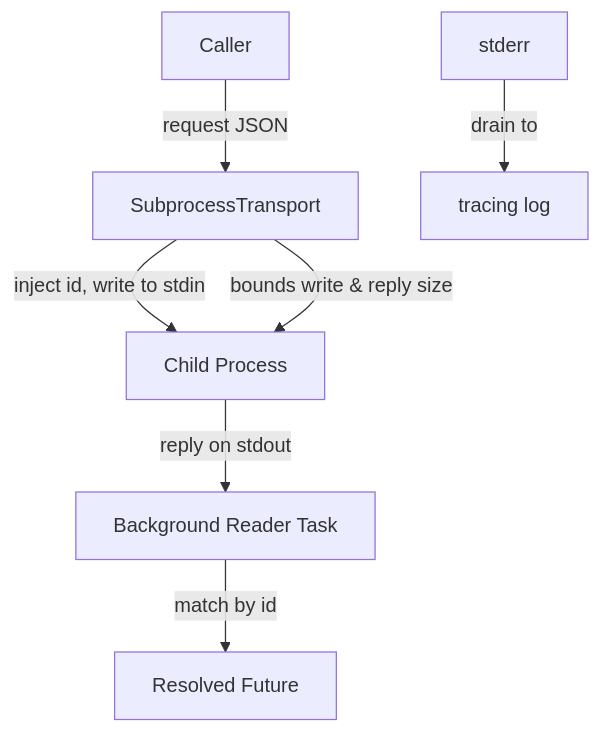
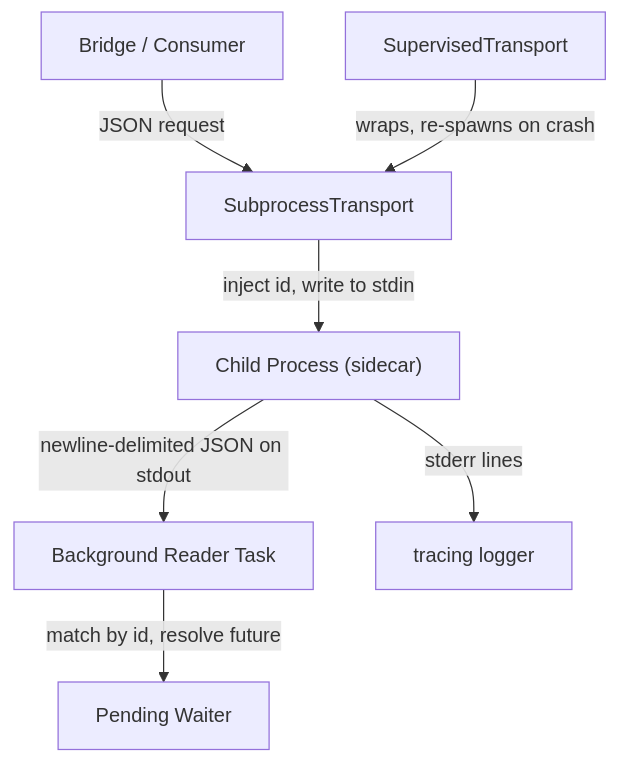
Before and after one commit to leszek3737/librefang-WIki: the diagram in other-librefang-subprocess.md, drawn with Mermaid. The commit also changed other lines of this file and 119 other files, not shown here.

````diff
--- a/other-librefang-subprocess.md
+++ b/other-librefang-subprocess.md
@@ -15,9 +24,9 @@
 ```mermaid
 graph TD
-    A[Caller] -->|request JSON| B[SubprocessTransport]
-    B -->|inject id, write to stdin| C[Child Process]
-    C -->|reply on stdout| D[Background Reader Task]
-    D -->|match by id| E[Resolved Future]
-    F[stderr] -->|drain to| G[tracing log]
-    B -->|bounds write & reply size| C
+    Caller["Bridge / Consumer"] -->|JSON request| ST["SubprocessTransport"]
+    ST -->|inject id, write to stdin| Child["Child Process (sidecar)"]
+    Child -->|newline-delimited JSON on stdout| BG["Background Reader Task"]
+    BG -->|match by id, resolve future| Waiter["Pending Waiter"]
+    Child -->|stderr lines| Log["tracing logger"]
+    ST2["SupervisedTransport"] -->|wraps, re-spawns on crash| ST
 ```
````
